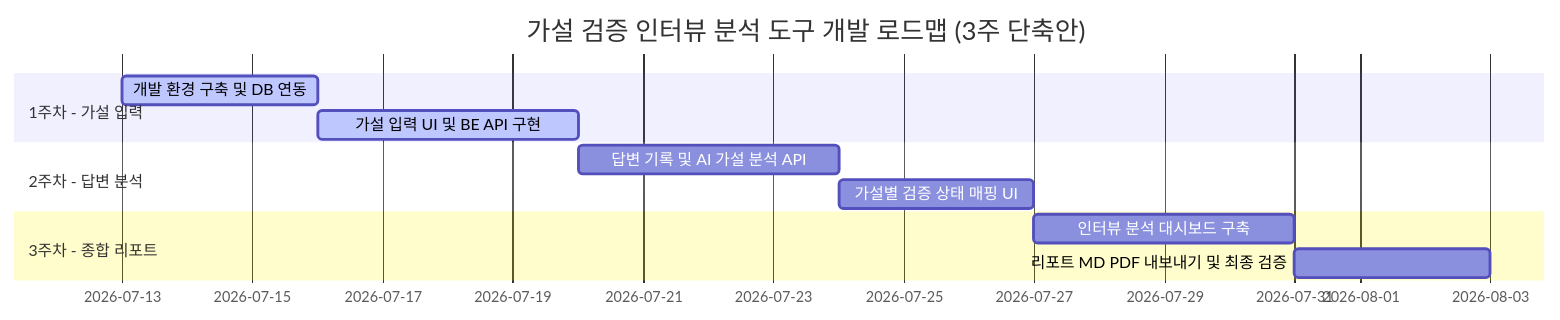
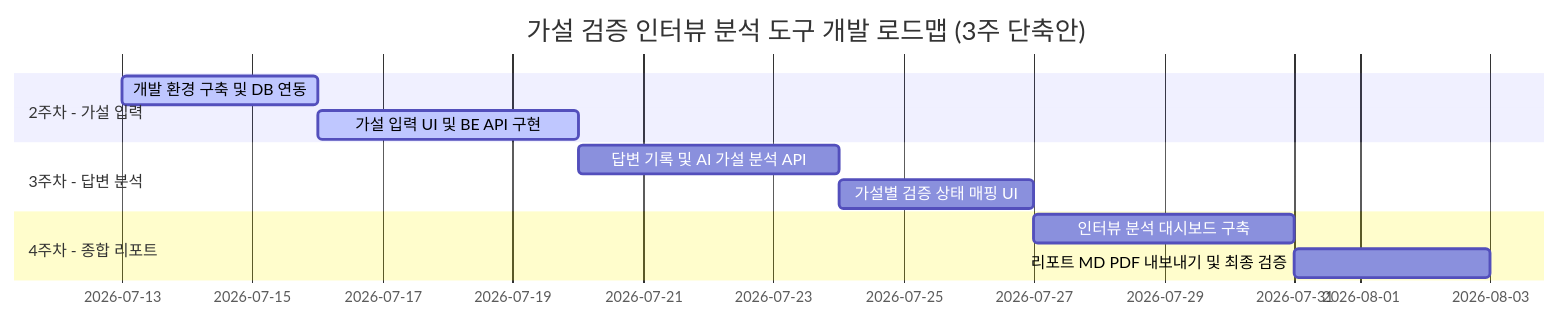
One commit to Mureung1/hub-showcase changed the diagram in README/Week2_Implementation_Plan.md. Above: the diagram before and after it, drawn with Mermaid. The commit also changed other lines of this file, not shown here.

````diff
--- a/README/Week2_Implementation_Plan.md
+++ b/README/Week2_Implementation_Plan.md
@@ -11,14 +11,14 @@
 ```mermaid
 gantt
     title 가설 검증 인터뷰 분석 도구 개발 로드맵 (3주 단축안)
     dateFormat  YYYY-MM-DD
-    section 1주차 - 가설 입력
+    section 2주차 - 가설 입력
     개발 환경 구축 및 DB 연동      :active, p1, 2026-07-13, 3d
     가설 입력 UI 및 BE API 구현    :active, p2, after p1, 4d
-    section 2주차 - 답변 분석
+    section 3주차 - 답변 분석
     답변 기록 및 AI 가설 분석 API  : p3, 2026-07-20, 4d
     가설별 검증 상태 매핑 UI       : p4, after p3, 3d
-    section 3주차 - 종합 리포트
+    section 4주차 - 종합 리포트
     인터뷰 분석 대시보드 구축      : p5, 2026-07-27, 4d
     리포트 MD PDF 내보내기 및 최종 검증 : p6, after p5, 3d
 ```
````
